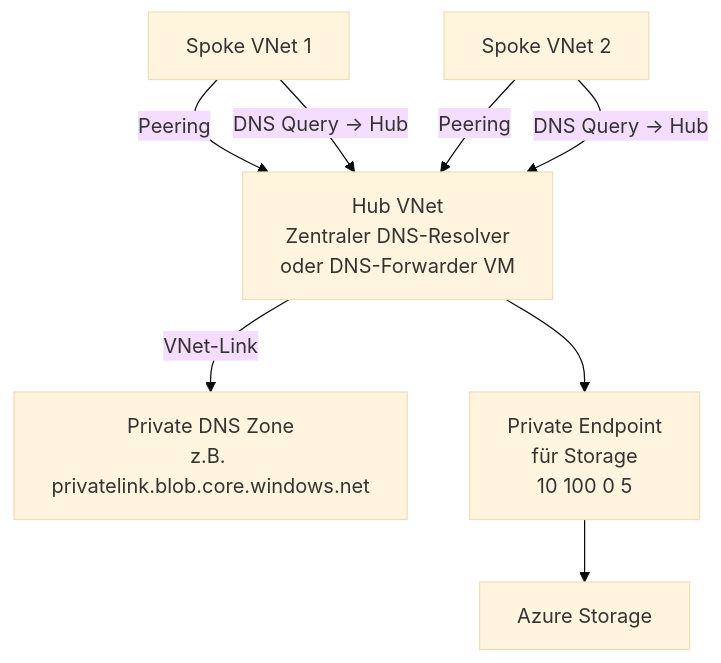
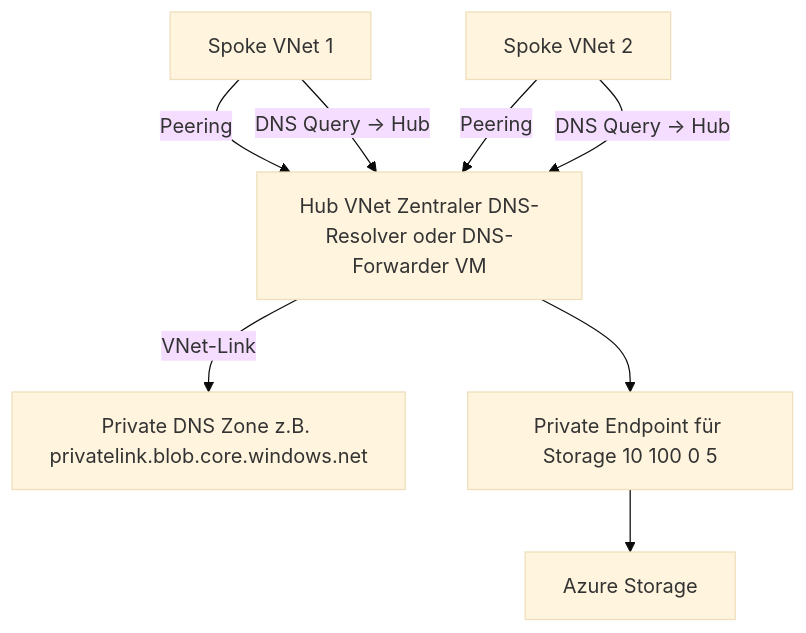
Before and after one commit to SoniiiT/notes-n-docs: the third of 6 diagrams in Microsoft 365/Azure/Netzwerk/Azure Private Link.md, drawn with Mermaid (base theme). The commit also changed other lines of this file and 124 other files, not shown here.

First line of the commit message:
fix: Entferne \n aus allen Mermaid-Diagrammen (125 Dateien)

````diff
--- a/Microsoft 365/Azure/Netzwerk/Azure Private Link.md
+++ b/Microsoft 365/Azure/Netzwerk/Azure Private Link.md
@@ -185,13 +185,13 @@
 ```mermaid
 graph TD
-    HUB[Hub VNet\nZentraler DNS-Resolver\noder DNS-Forwarder VM] -->|VNet-Link| DNS_ZONE[Private DNS Zone\nz.B. privatelink.blob.core.windows.net]
+    HUB[Hub VNet Zentraler DNS-Resolver oder DNS-Forwarder VM] -->|VNet-Link| DNS_ZONE[Private DNS Zone z.B. privatelink.blob.core.windows.net]
     
     SPOKE1[Spoke VNet 1] -->|Peering| HUB
     SPOKE2[Spoke VNet 2] -->|Peering| HUB
     
-    HUB --> PE[Private Endpoint\nfür Storage\n10 100 0 5]
+    HUB --> PE[Private Endpoint für Storage 10 100 0 5]
     PE --> STORAGE[Azure Storage]
     
     SPOKE1 -->|DNS Query → Hub| HUB
     SPOKE2 -->|DNS Query → Hub| HUB
 ```
````
